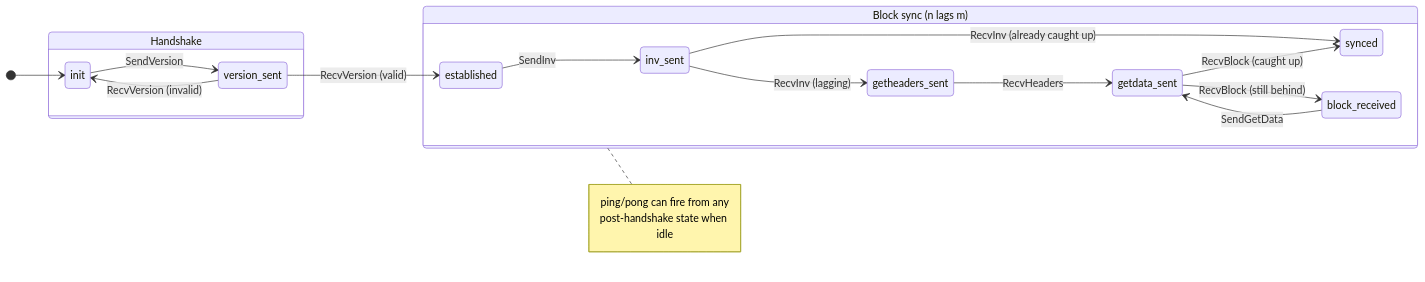
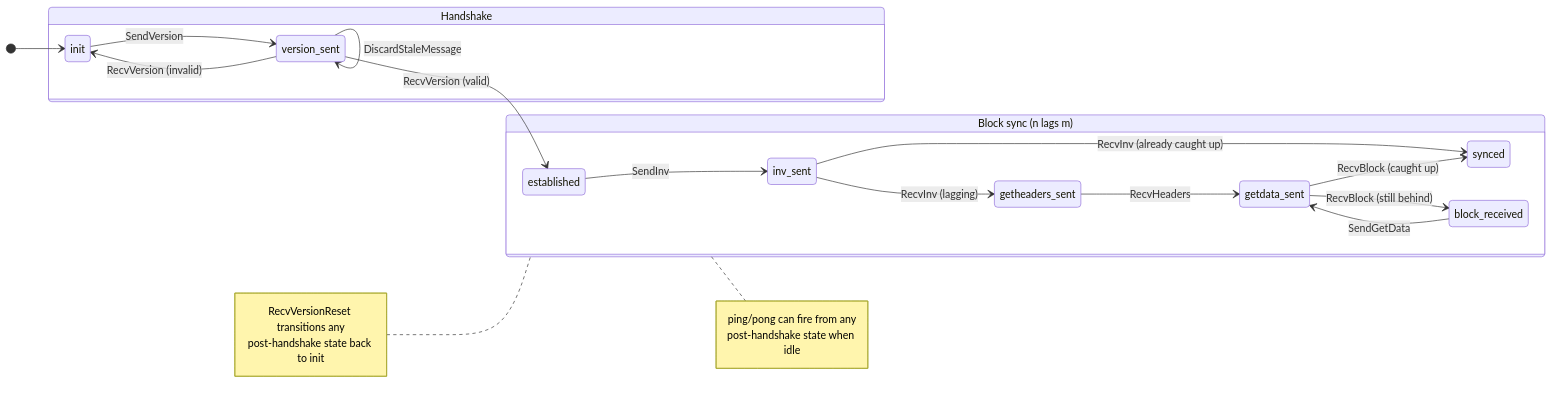
Before and after one commit to oxarbitrage/zcash-p2p-spec: the diagram in README.md, drawn with Mermaid. The commit also changed other lines of this file and 1 other file, not shown here.

Commit message:
Switch to unilateral disconnect matching Zebra's TCP FIN semantics
The model previously used bilateral disconnect (TCP RST) where both
sides reset atomically. Zebra's implementation uses unilateral disconnect
where each side detects idleness independently.

This change required two new actions to maintain liveness:
- RecvVersionReset: handle unexpected version on a post-handshake
  connection (reconnecting peer on a stale connection), matching
  Zebra's DuplicateHandshake behavior
- DiscardStaleMessage: discard non-handshake messages during
  version_sent, matching Zebra's loop that ignores non-version
  messages during the handshake phase

EventualConsensus still holds — exhaustively verified for 2 peers,
bounded-tested for 3.

````diff
--- a/README.md
+++ b/README.md
@@ -24,28 +24,34 @@
 ```mermaid
 stateDiagram-v2
     direction LR
 
     [*] --> init
 
     init --> version_sent : SendVersion
 
     state "Handshake" as hs {
         version_sent --> established : RecvVersion (valid)
         version_sent --> init : RecvVersion (invalid)
+        version_sent --> version_sent : DiscardStaleMessage
     }
 
     state "Block sync (n lags m)" as sync {
         established --> inv_sent : SendInv
         inv_sent --> synced : RecvInv (already caught up)
         inv_sent --> getheaders_sent : RecvInv (lagging)
         getheaders_sent --> getdata_sent : RecvHeaders
         getdata_sent --> block_received : RecvBlock (still behind)
         block_received --> getdata_sent : SendGetData
         getdata_sent --> synced : RecvBlock (caught up)
     }
 
     note right of sync
         ping/pong can fire from any
         post-handshake state when idle
     end note
+
+    note left of sync
+        RecvVersionReset transitions any
+        post-handshake state back to init
+    end note
 ```
````
